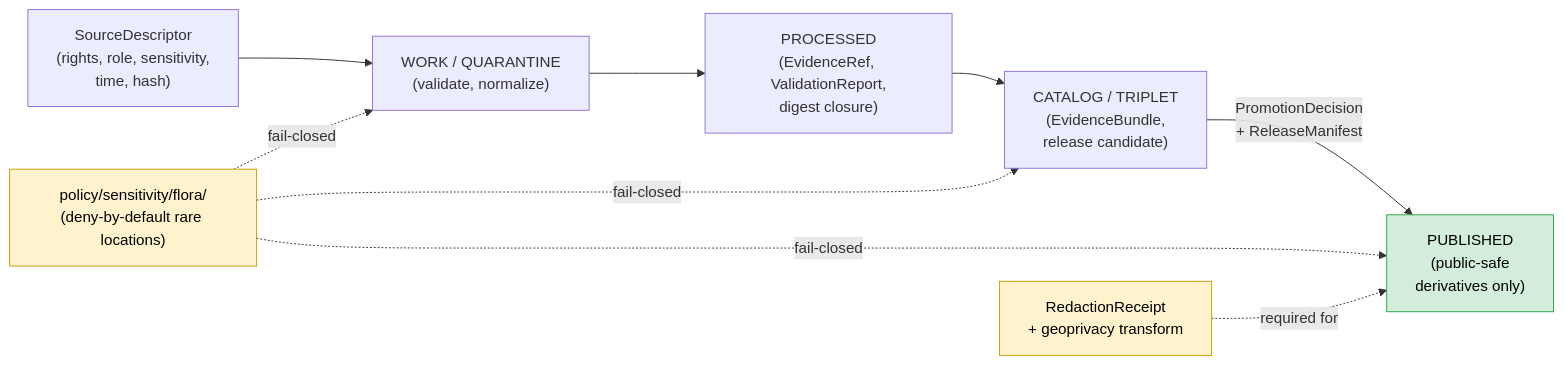
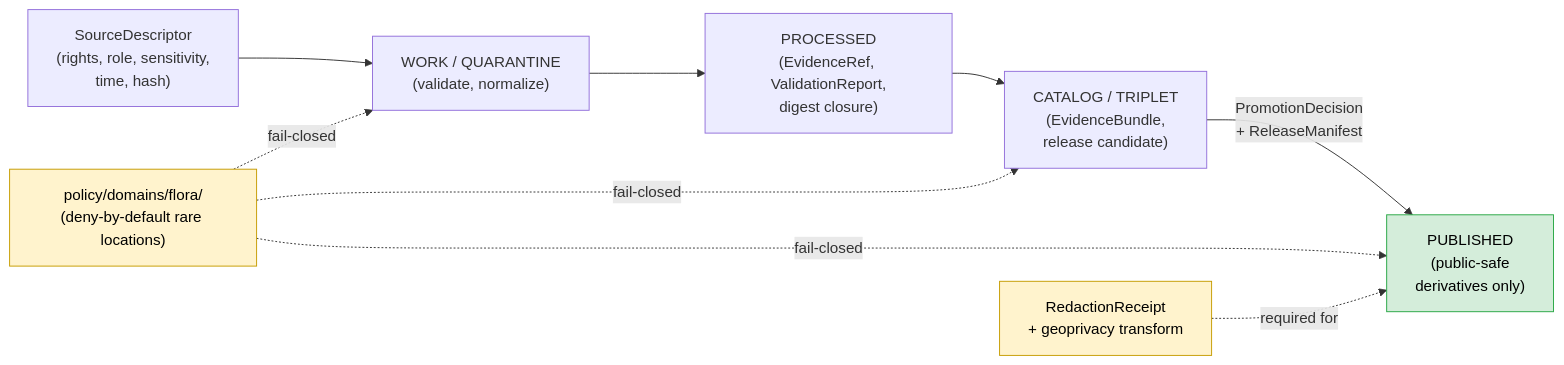
One commit to bartytime4life/Kansas-Frontier-Matrix changed the first of 2 diagrams in docs/domains/flora/EXPANSION_BACKLOG.md. Above: the diagram before and after it, drawn with Mermaid. The commit also changed other lines of this file, not shown here.

````diff
--- a/docs/domains/flora/EXPANSION_BACKLOG.md
+++ b/docs/domains/flora/EXPANSION_BACKLOG.md
@@ -115,18 +126,18 @@
 ```mermaid
 flowchart LR
   src["SourceDescriptor<br/>(rights, role, sensitivity,<br/>time, hash)"] --> work["WORK / QUARANTINE<br/>(validate, normalize)"]
   work --> proc["PROCESSED<br/>(EvidenceRef, ValidationReport,<br/>digest closure)"]
   proc --> cat["CATALOG / TRIPLET<br/>(EvidenceBundle,<br/>release candidate)"]
   cat -->|"PromotionDecision<br/>+ ReleaseManifest"| pub["PUBLISHED<br/>(public-safe<br/>derivatives only)"]
 
-  pol["policy/sensitivity/flora/<br/>(deny-by-default rare locations)"] -.fail-closed.-> work
+  pol["policy/domains/flora/<br/>(deny-by-default rare locations)"] -.fail-closed.-> work
   pol -.fail-closed.-> cat
   pol -.fail-closed.-> pub
 
   rec["RedactionReceipt<br/>+ geoprivacy transform"] -.required for.-> pub
 
   classDef gate fill:#fff3cd,stroke:#c69c00,color:#000;
   classDef pub fill:#d4edda,stroke:#28a745,color:#000;
   class pol,rec gate
   class pub pub
 ```
````
